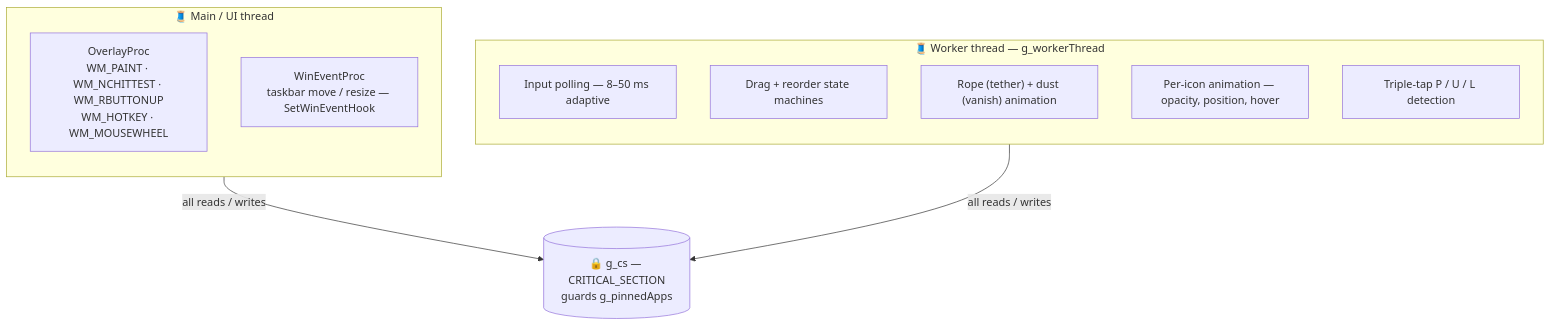
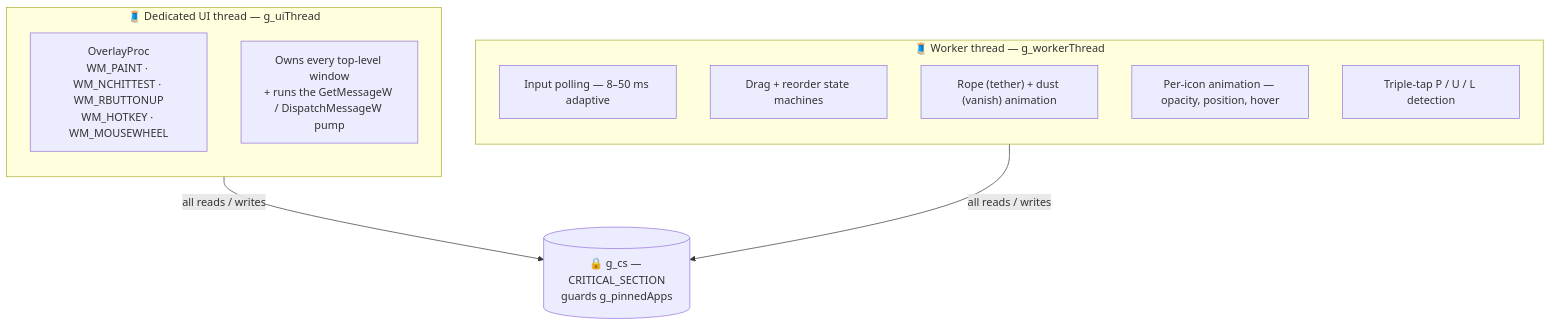
The fourth of 4 diagrams in README.md (k-ashix/taskbar-quick-pin), drawn with Mermaid before and after one commit. The commit also changed other lines of this file and 2 other files, not shown here.

Commit message:
v2.5.0: Update mod with dedicated UI thread, safe teardown and docs

````diff
--- a/README.md
+++ b/README.md
@@ -280,19 +280,19 @@
 ```mermaid
 flowchart TB
-    subgraph MAIN["🧵 Main / UI thread"]
+    subgraph MAIN["🧵 Dedicated UI thread — g_uiThread"]
         direction TB
         OP["OverlayProc<br/>WM_PAINT · WM_NCHITTEST · WM_RBUTTONUP<br/>WM_HOTKEY · WM_MOUSEWHEEL"]
-        WE["WinEventProc<br/>taskbar move / resize — SetWinEventHook"]
+        WE["Owns every top-level window<br/>+ runs the GetMessageW / DispatchMessageW pump"]
     end
     subgraph WORK["🧵 Worker thread — g_workerThread"]
         direction TB
         IN["Input polling — 8–50 ms adaptive"]
         SM["Drag + reorder state machines"]
         FX["Rope (tether) + dust (vanish) animation"]
         AN["Per-icon animation — opacity, position, hover"]
         TT["Triple-tap P / U / L detection"]
     end
     CS[("🔒 g_cs — CRITICAL_SECTION<br/>guards g_pinnedApps")]
     MAIN -->|all reads / writes| CS
     WORK -->|all reads / writes| CS
 ```
````
